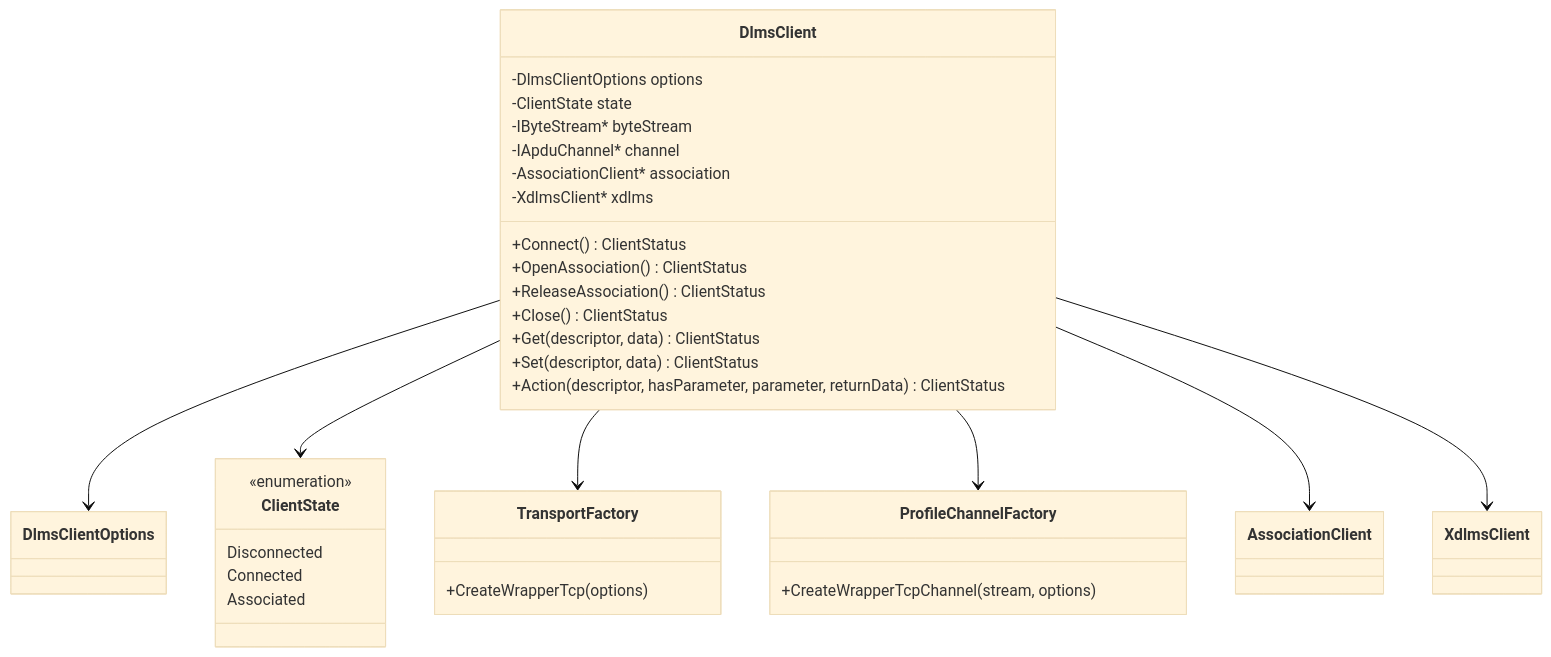
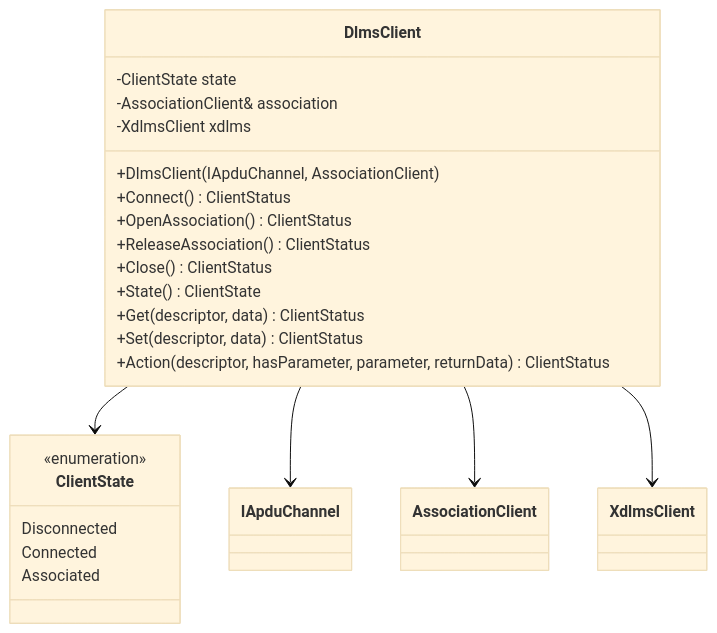
The third of 4 diagrams in docs/02_client_architecture.md (gvtret/dlms-client), drawn with Mermaid (base theme) before and after one commit. The commit also changed other lines of this file and 6 other files, not shown here.

First line of the commit message:
feat(client): add injected channel facade

````diff
--- a/docs/02_client_architecture.md
+++ b/docs/02_client_architecture.md
@@ -58,44 +56,33 @@
 ```mermaid
 classDiagram
   class DlmsClient {
-    -DlmsClientOptions options
     -ClientState state
-    -IByteStream* byteStream
-    -IApduChannel* channel
-    -AssociationClient* association
-    -XdlmsClient* xdlms
+    -AssociationClient& association
+    -XdlmsClient xdlms
+    +DlmsClient(IApduChannel, AssociationClient)
     +Connect() ClientStatus
     +OpenAssociation() ClientStatus
     +ReleaseAssociation() ClientStatus
     +Close() ClientStatus
+    +State() ClientState
     +Get(descriptor, data) ClientStatus
     +Set(descriptor, data) ClientStatus
     +Action(descriptor, hasParameter, parameter, returnData) ClientStatus
   }
 
-  class DlmsClientOptions
   class ClientState {
     <<enumeration>>
     Disconnected
     Connected
     Associated
   }
 
-  class TransportFactory {
-    +CreateWrapperTcp(options)
-  }
-
-  class ProfileChannelFactory {
-    +CreateWrapperTcpChannel(stream, options)
-  }
-
+  class IApduChannel
   class AssociationClient
   class XdlmsClient
 
-  DlmsClient --> DlmsClientOptions
   DlmsClient --> ClientState
-  DlmsClient --> TransportFactory
-  DlmsClient --> ProfileChannelFactory
+  DlmsClient --> IApduChannel
   DlmsClient --> AssociationClient
   DlmsClient --> XdlmsClient
 ```
````
